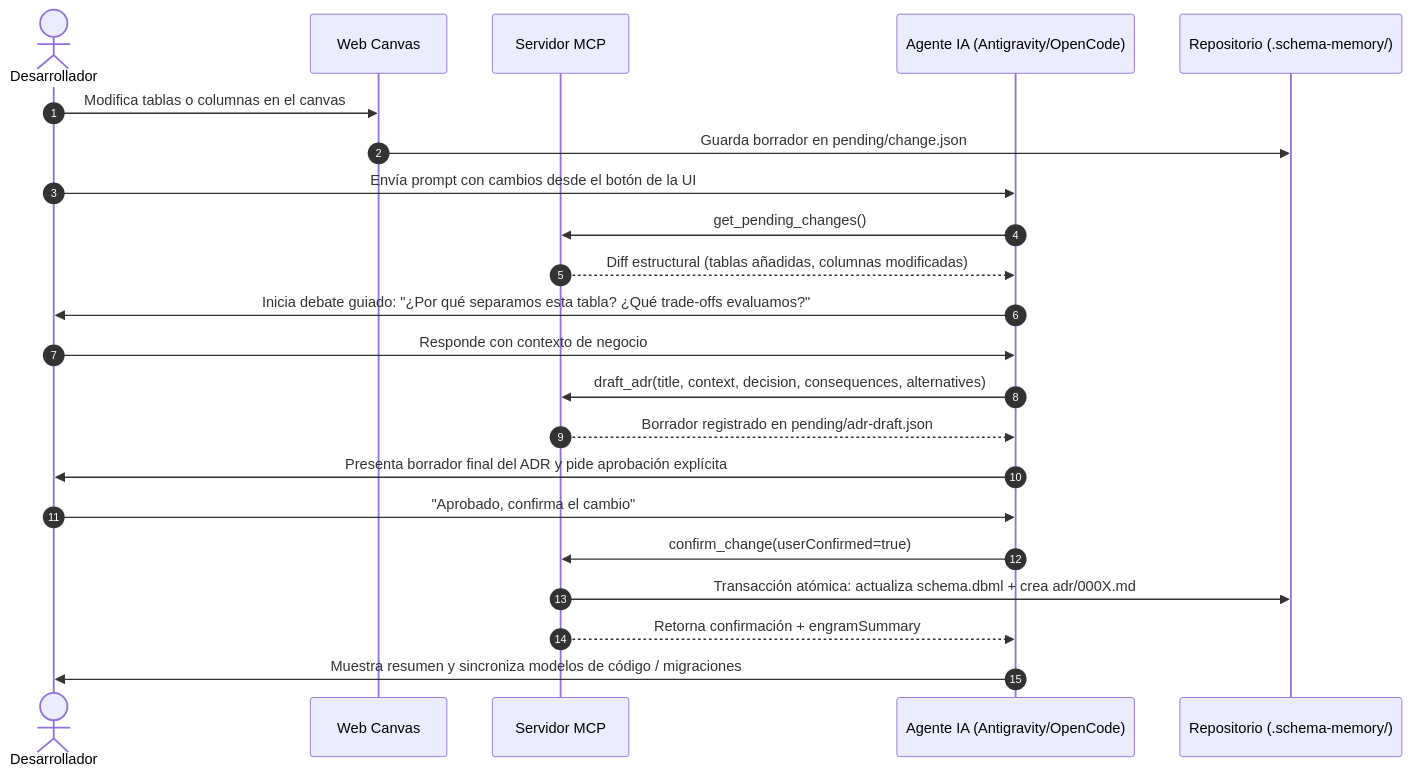
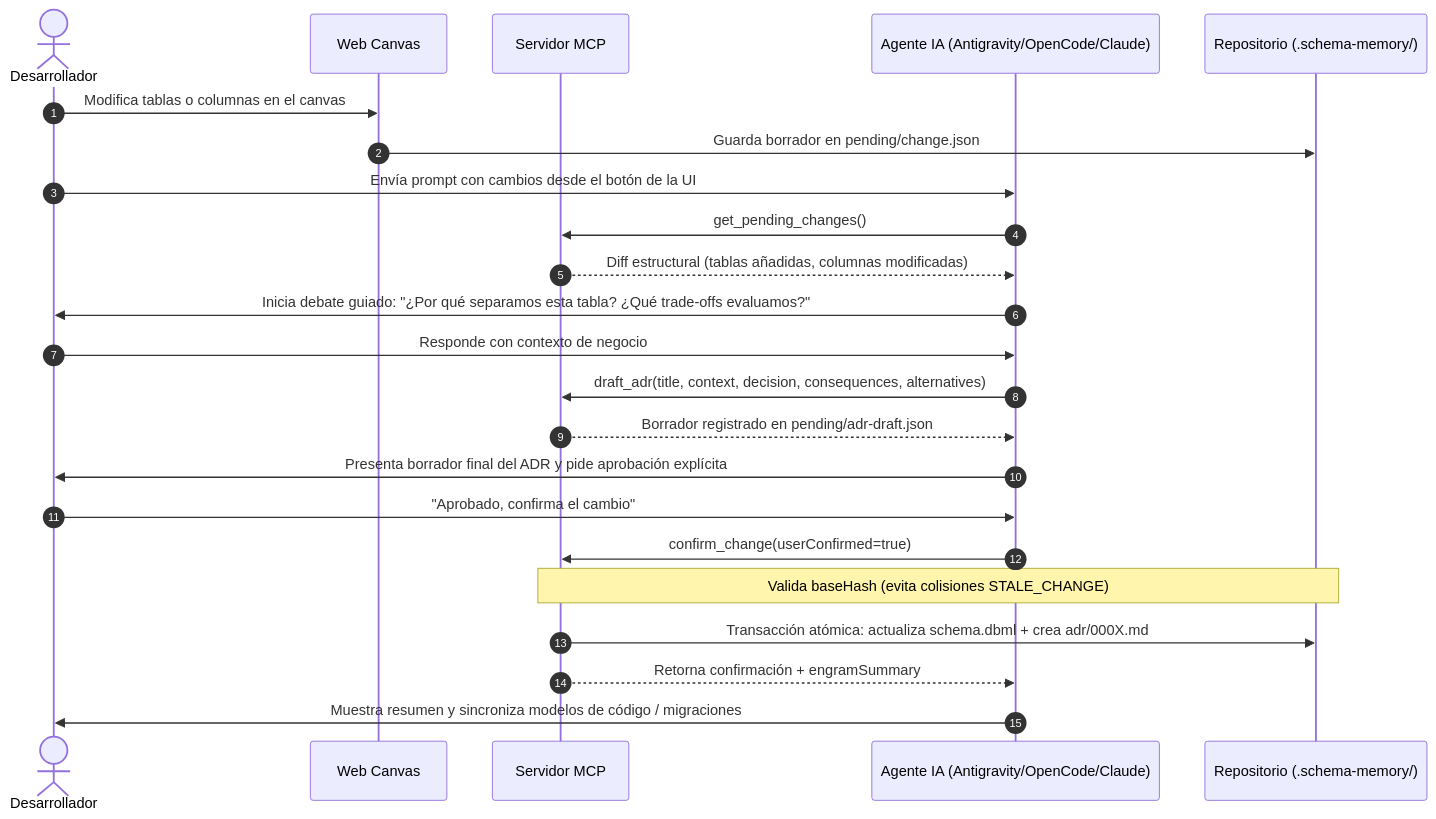
One commit to RaixsG/schema-memory changed the diagram in docs/mcp.md. Above: the diagram before and after it, drawn with Mermaid. The commit also changed other lines of this file and 4 other files, not shown here.

````diff
--- a/docs/mcp.md
+++ b/docs/mcp.md
@@ -45,25 +45,26 @@
 ```mermaid
 sequenceDiagram
     autonumber
     actor Dev as Desarrollador
     participant UI as Web Canvas
     participant MCP as Servidor MCP
-    participant Agent as Agente IA (Antigravity/OpenCode)
+    participant Agent as Agente IA (Antigravity/OpenCode/Claude)
     participant FS as Repositorio (.schema-memory/)
 
     Dev->>UI: Modifica tablas o columnas en el canvas
     UI->>FS: Guarda borrador en pending/change.json
     Dev->>Agent: Envía prompt con cambios desde el botón de la UI
     Agent->>MCP: get_pending_changes()
     MCP-->>Agent: Diff estructural (tablas añadidas, columnas modificadas)
     Agent->>Dev: Inicia debate guiado: "¿Por qué separamos esta tabla? ¿Qué trade-offs evaluamos?"
     Dev->>Agent: Responde con contexto de negocio
     Agent->>MCP: draft_adr(title, context, decision, consequences, alternatives)
     MCP-->>Agent: Borrador registrado en pending/adr-draft.json
     Agent->>Dev: Presenta borrador final del ADR y pide aprobación explícita
     Dev->>Agent: "Aprobado, confirma el cambio"
     Agent->>MCP: confirm_change(userConfirmed=true)
+    Note over MCP,FS: Valida baseHash (evita colisiones STALE_CHANGE)
     MCP->>FS: Transacción atómica: actualiza schema.dbml + crea adr/000X.md
     MCP-->>Agent: Retorna confirmación + engramSummary
     Agent->>Dev: Muestra resumen y sincroniza modelos de código / migraciones
 ```
````
